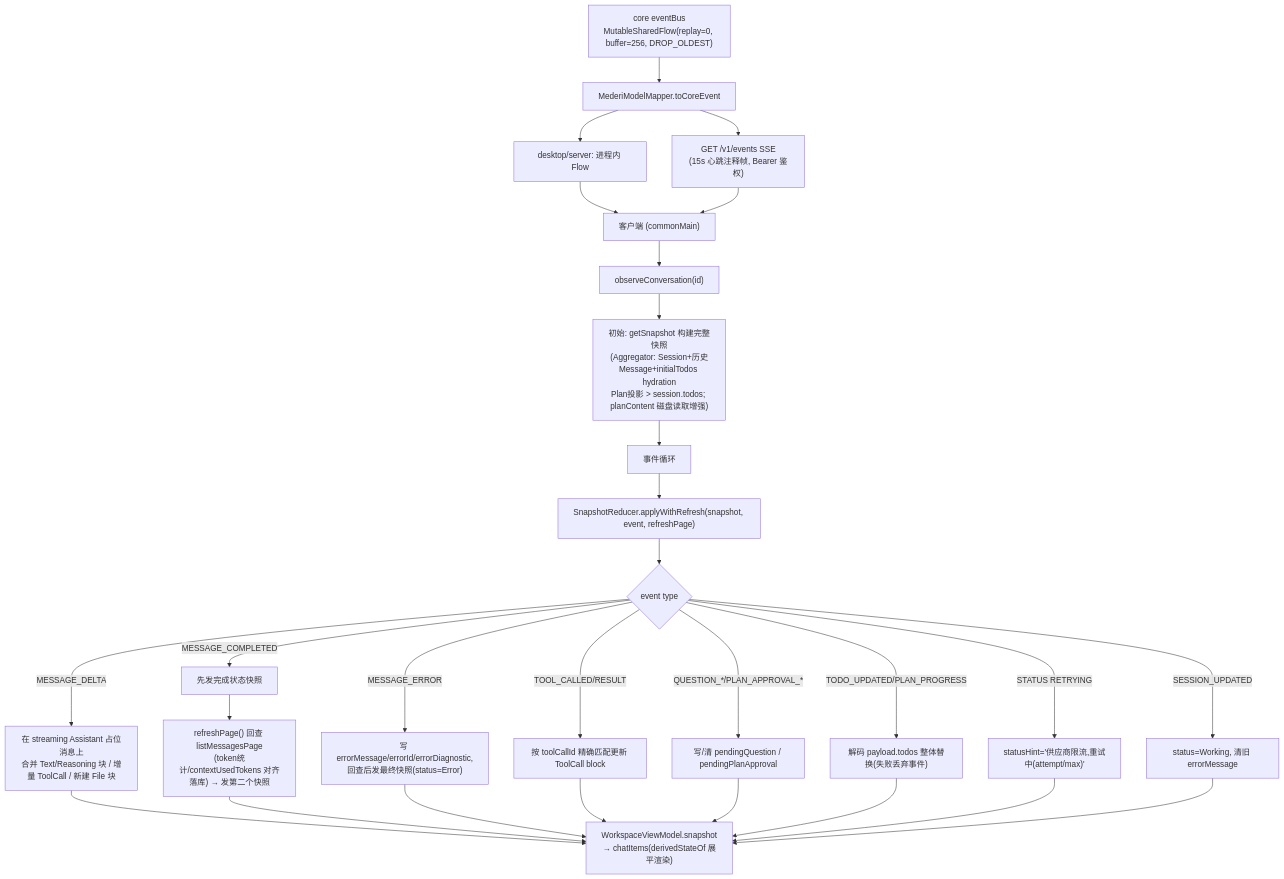
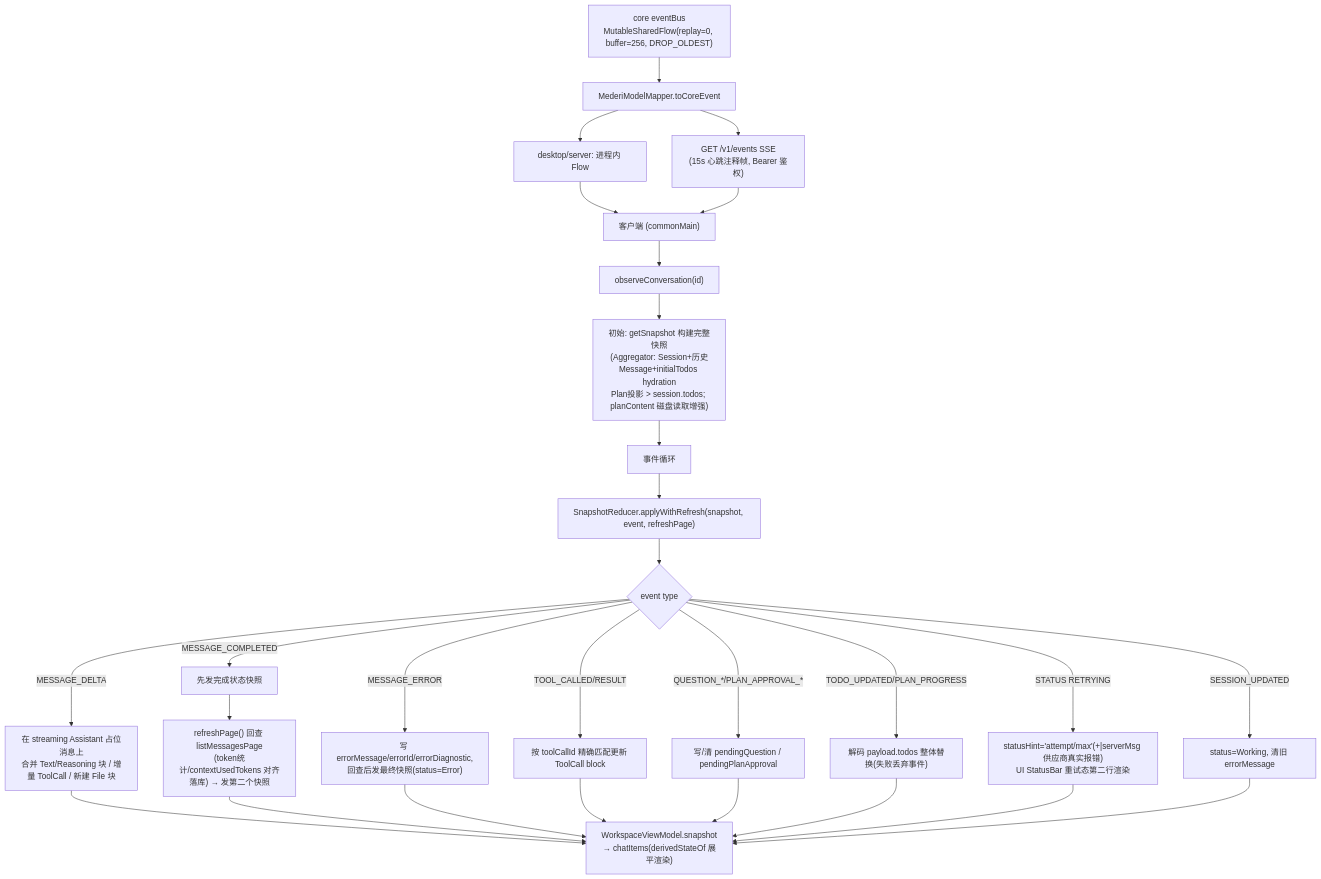
Before and after one commit to lzdev42/mederi: the third of 15 diagrams in mederi/docs/architecture/04-flows.md, drawn with Mermaid. The commit also changed other lines of this file and 24 other files, not shown here.

````diff
--- a/mederi/docs/architecture/04-flows.md
+++ b/mederi/docs/architecture/04-flows.md
@@ -96,22 +96,22 @@
 ```mermaid
 flowchart TD
     EB["core eventBus<br/>MutableSharedFlow(replay=0, buffer=256, DROP_OLDEST)"] --> MAP["MederiModelMapper.toCoreEvent"]
     MAP --> CH1["desktop/server: 进程内 Flow"]
     MAP --> CH2["GET /v1/events SSE<br/>(15s 心跳注释帧, Bearer 鉴权)"]
     CH1 & CH2 --> CLIENT["客户端 (commonMain)"]
     CLIENT --> OB["observeConversation(id)"]
     OB --> INIT["初始: getSnapshot 构建完整快照<br/>(Aggregator: Session+历史Message+initialTodos hydration<br/>Plan投影 > session.todos; planContent 磁盘读取增强)"]
     INIT --> LOOP
     LOOP["事件循环"] --> SR["SnapshotReducer.applyWithRefresh(snapshot, event, refreshPage)"]
     SR --> SW{"event type"}
     SW -- "MESSAGE_DELTA" --> D["在 streaming Assistant 占位消息上<br/>合并 Text/Reasoning 块 / 增量 ToolCall / 新建 File 块"]
     SW -- "MESSAGE_COMPLETED" --> C1["先发完成状态快照"]
     C1 --> C2["refreshPage() 回查 listMessagesPage<br/>(token统计/contextUsedTokens 对齐落库) → 发第二个快照"]
     SW -- "MESSAGE_ERROR" --> ER["写 errorMessage/errorId/errorDiagnostic,<br/>回查后发最终快照(status=Error)"]
     SW -- "TOOL_CALLED/RESULT" --> TO["按 toolCallId 精确匹配更新 ToolCall block"]
     SW -- "QUESTION_*/PLAN_APPROVAL_*" --> PE["写/清 pendingQuestion / pendingPlanApproval"]
     SW -- "TODO_UPDATED/PLAN_PROGRESS" --> TD["解码 payload.todos 整体替换(失败丢弃事件)"]
-    SW -- "STATUS RETRYING" --> ST["statusHint='供应商限流,重试中(attempt/max)'"]
+    SW -- "STATUS RETRYING" --> ST["statusHint='attempt/max'(+|serverMsg 供应商真实报错)<br/>UI StatusBar 重试态第二行渲染"]
     SW -- "SESSION_UPDATED" --> SU["status=Working, 清旧 errorMessage"]
     D & C2 & ER & TO & PE & TD & ST & SU --> UI["WorkspaceViewModel.snapshot<br/>→ chatItems(derivedStateOf 展平渲染)"]
 ```
````
